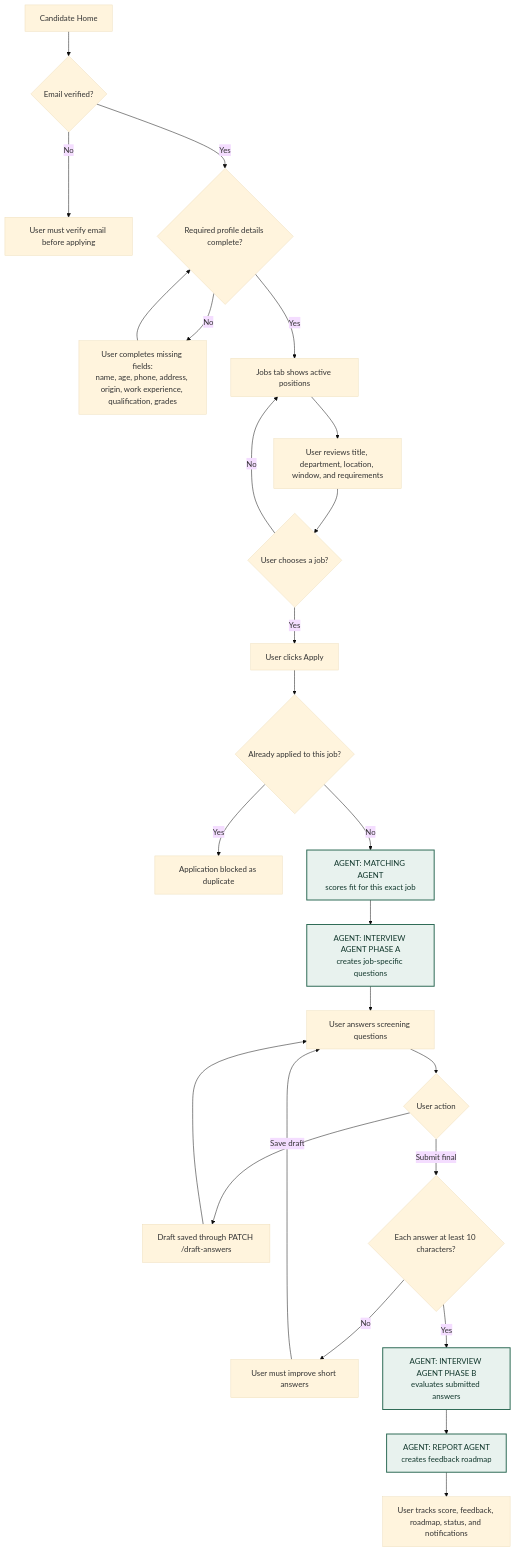
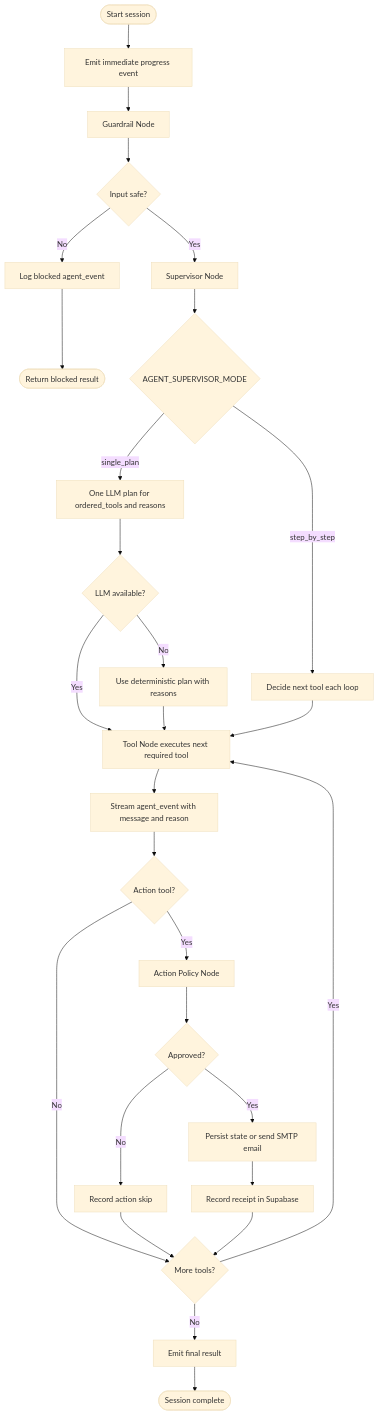
Before and after one commit to Xiaoming0313883/404-Brain-Not-Found-Recruiter: the second of 3 diagrams in README.md, drawn with Mermaid (base theme). The commit also changed other lines of this file and 1 other file, not shown here.

````diff
--- a/README.md
+++ b/README.md
@@ -283,30 +168,32 @@
 ```mermaid
 flowchart TD
-    A["Candidate Home"] --> B{"Email verified?"}
-    B -->|No| B1["User must verify email before applying"]
-    B -->|Yes| C{"Required profile details complete?"}
-    C -->|No| C1["User completes missing fields:<br/>name, age, phone, address, origin, work experience, qualification, grades"]
-    C1 --> C
-    C -->|Yes| D["Jobs tab shows active positions"]
-    D --> E["User reviews title, department, location, window, and requirements"]
-    E --> F{"User chooses a job?"}
-    F -->|No| D
-    F -->|Yes| G["User clicks Apply"]
-    G --> H{"Already applied to this job?"}
-    H -->|Yes| H1["Application blocked as duplicate"]
-    H -->|No| I["AGENT: MATCHING AGENT<br/>scores fit for this exact job"]
-    I --> J["AGENT: INTERVIEW AGENT PHASE A<br/>creates job-specific questions"]
-    J --> K["User answers screening questions"]
-    K --> L{"User action"}
-    L -->|Save draft| M["Draft saved through PATCH /draft-answers"]
-    M --> K
-    L -->|Submit final| N{"Each answer at least 10 characters?"}
-    N -->|No| N1["User must improve short answers"]
-    N1 --> K
-    N -->|Yes| O["AGENT: INTERVIEW AGENT PHASE B<br/>evaluates submitted answers"]
-    O --> P["AGENT: REPORT AGENT<br/>creates feedback roadmap"]
-    P --> Q["User tracks score, feedback, roadmap, status, and notifications"]
+    Start(["Start session"]) --> FirstEvent["Emit immediate progress event"]
+    FirstEvent --> Guardrail["Guardrail Node"]
+    Guardrail --> Safe{"Input safe?"}
+    Safe -->|No| Block["Log blocked agent_event"]
+    Block --> StopBlocked(["Return blocked result"])
 
-    classDef agent fill:#e8f2ee,stroke:#2d6a55,stroke-width:2px,color:#12382d;
-    class I,J,O,P agent;
+    Safe -->|Yes| Plan["Supervisor Node"]
+    Plan --> Mode{"AGENT_SUPERVISOR_MODE"}
+    Mode -->|single_plan| OnePlan["One LLM plan for ordered_tools and reasons"]
+    Mode -->|step_by_step| StepPlan["Decide next tool each loop"]
+    OnePlan --> Fallback{"LLM available?"}
+    Fallback -->|No| Deterministic["Use deterministic plan with reasons"]
+    Fallback -->|Yes| Execute
+    Deterministic --> Execute
+    StepPlan --> Execute
+
+    Execute["Tool Node executes next required tool"] --> EmitTool["Stream agent_event with message and reason"]
+    EmitTool --> PolicyCheck{"Action tool?"}
+    PolicyCheck -->|No| More{"More tools?"}
+    PolicyCheck -->|Yes| Policy["Action Policy Node"]
+    Policy --> Approved{"Approved?"}
+    Approved -->|No| RecordSkip["Record action skip"]
+    Approved -->|Yes| DoAction["Persist state or send SMTP email"]
+    DoAction --> Receipt["Record receipt in Supabase"]
+    RecordSkip --> More
+    Receipt --> More
+    More -->|Yes| Execute
+    More -->|No| Final["Emit final result"]
+    Final --> End(["Session complete"])
 ```
````
